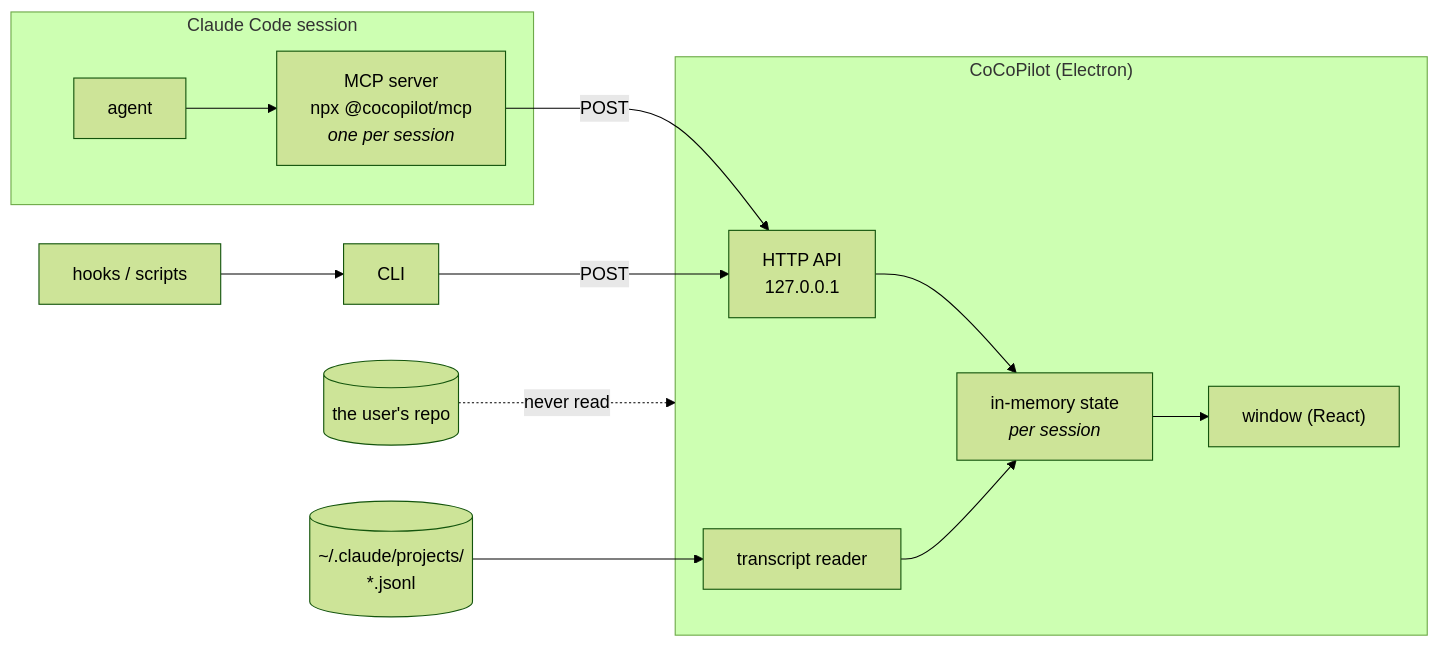
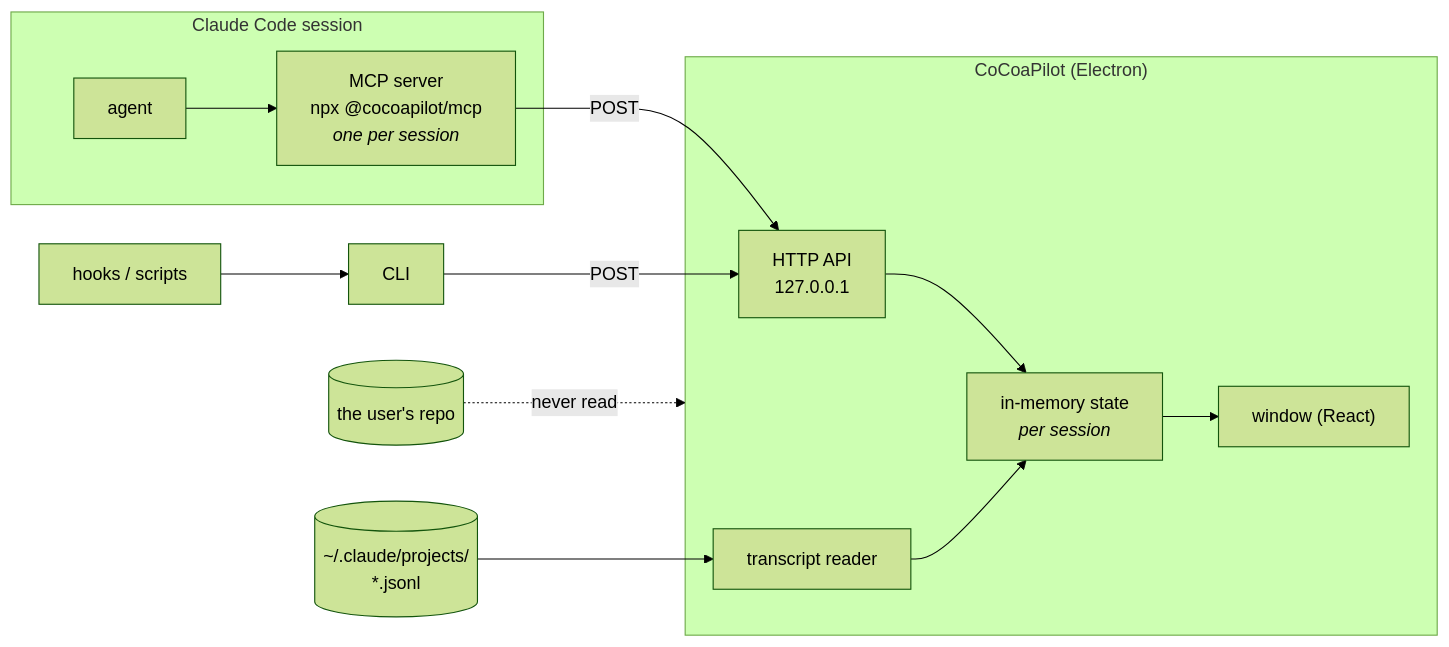
One commit to jonupchurch/CoCoPilot changed the diagram in docs/design/architecture.md. Above: the diagram before and after it, drawn with Mermaid (forest theme). The commit also changed other lines of this file and 115 other files, not shown here.

````diff
--- a/docs/design/architecture.md
+++ b/docs/design/architecture.md
@@ -46,23 +46,23 @@
 ```mermaid
 flowchart LR
   subgraph claude ["Claude Code session"]
     agent["agent"]
-    mcp["MCP server<br/>npx @cocopilot/mcp<br/><i>one per session</i>"]
+    mcp["MCP server<br/>npx @cocoapilot/mcp<br/><i>one per session</i>"]
   end
 
-  subgraph app ["CoCoPilot (Electron)"]
+  subgraph app ["CoCoaPilot (Electron)"]
     api["HTTP API<br/>127.0.0.1"]
     state["in-memory state<br/><i>per session</i>"]
     tail["transcript reader"]
     ui["window (React)"]
   end
 
   hooks["hooks / scripts"] --> cli["CLI"]
   agent --> mcp
   mcp -->|POST| api
   cli -->|POST| api
   api --> state
   transcripts[("~/.claude/projects/<br/>*.jsonl")] --> tail --> state
   state --> ui
   repo[("the user's repo")] -.->|"never read"| app
 ```
````
